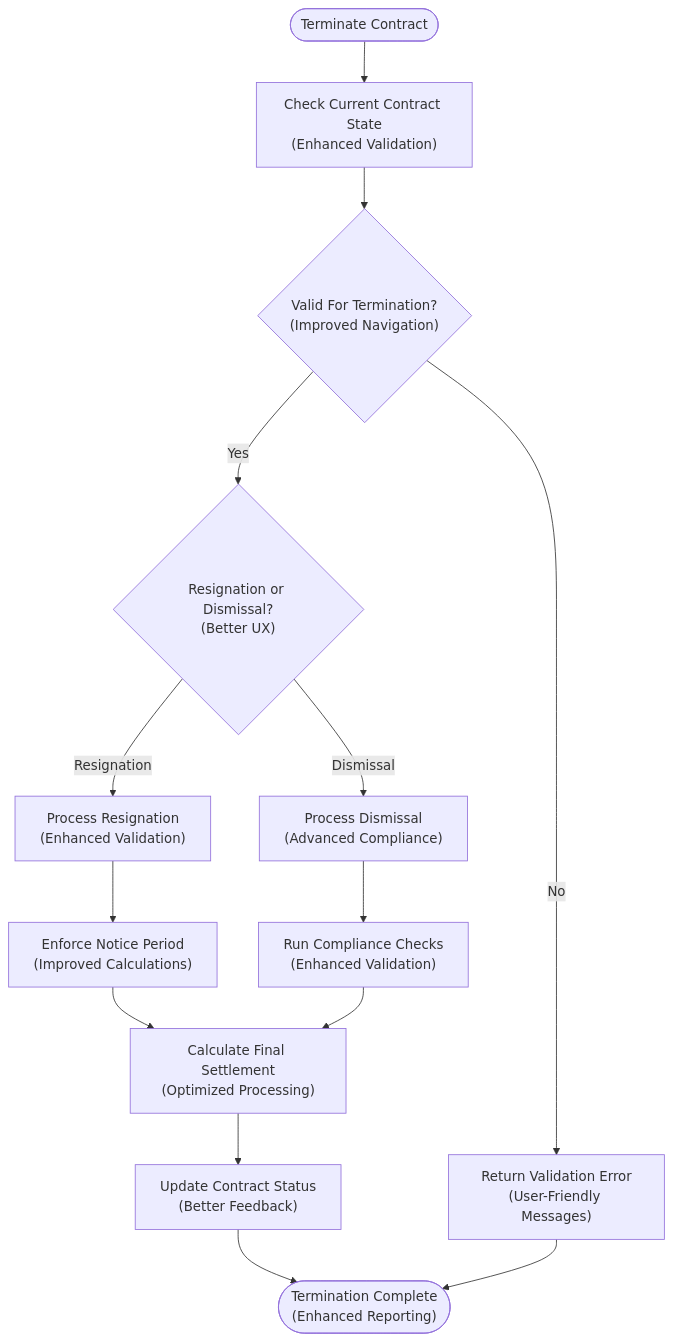
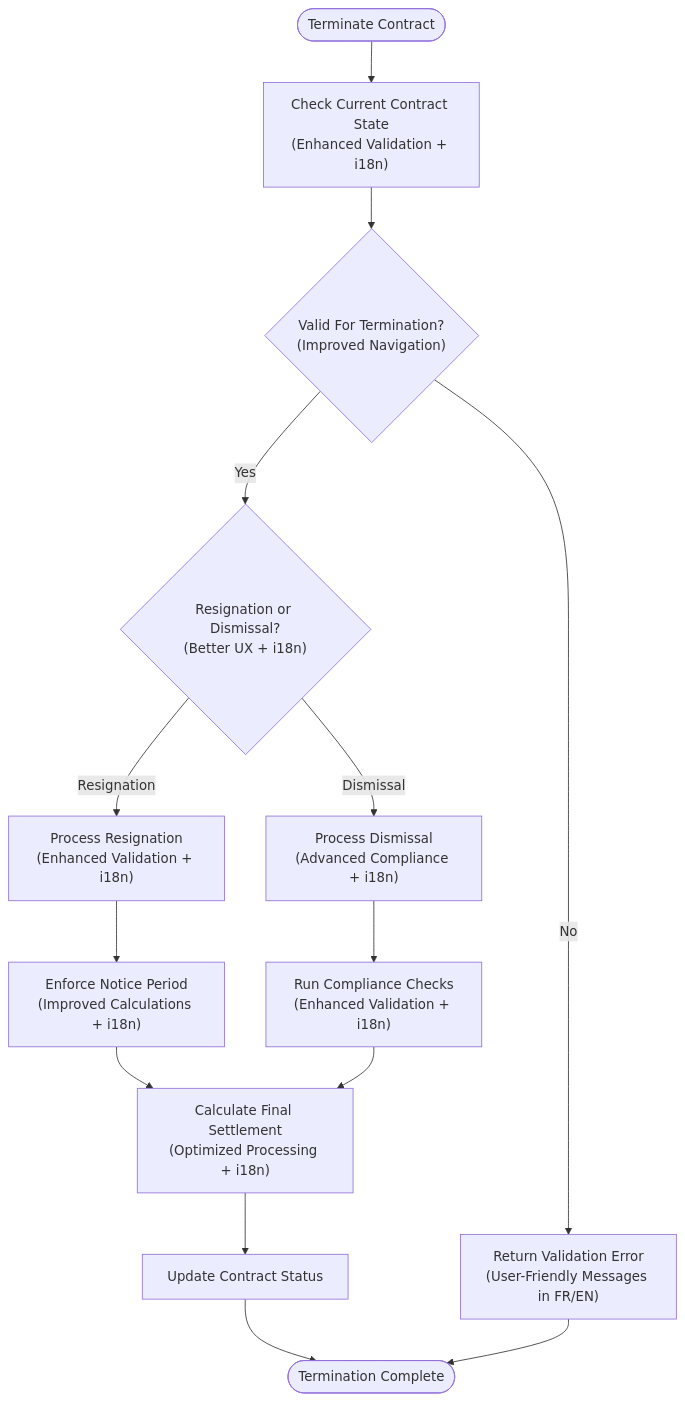
The third of 5 diagrams in .qoder/repowiki/en/content/API Reference/Human Resources API/Personnel Administration API/Contract Management API.md (franckylab/eLISAschool), drawn with Mermaid before and after one commit. The commit also changed other lines of this file and 78 other files, not shown here.

````diff
--- a/.qoder/repowiki/en/content/API Reference/Human Resources API/Personnel Administration API/Contract Management API.md
+++ b/.qoder/repowiki/en/content/API Reference/Human Resources API/Personnel Administration API/Contract Management API.md
@@ -415,16 +416,16 @@
 ```mermaid
 flowchart TD
-Start(["Terminate Contract"]) --> CheckState["Check Current Contract State<br/>(Enhanced Validation)"]
+Start(["Terminate Contract"]) --> CheckState["Check Current Contract State<br/>(Enhanced Validation + i18n)"]
 CheckState --> Valid{"Valid For Termination?<br/>(Improved Navigation)"}
-Valid --> |No| Error["Return Validation Error<br/>(User-Friendly Messages)"]
-Valid --> |Yes| ChooseType{"Resignation or Dismissal?<br/>(Better UX)"}
-ChooseType --> |Resignation| Resign["Process Resignation<br/>(Enhanced Validation)"]
-ChooseType --> |Dismissal| Dismiss["Process Dismissal<br/>(Advanced Compliance)"]
-Resign --> Notice["Enforce Notice Period<br/>(Improved Calculations)"]
-Dismiss --> Compliance["Run Compliance Checks<br/>(Enhanced Validation)"]
-Notice --> Settle["Calculate Final Settlement<br/>(Optimized Processing)"]
+Valid --> |No| Error["Return Validation Error<br/>(User-Friendly Messages in FR/EN)"]
+Valid --> |Yes| ChooseType{"Resignation or Dismissal?<br/>(Better UX + i18n)"}
+ChooseType --> |Resignation| Resign["Process Resignation<br/>(Enhanced Validation + i18n)"]
+ChooseType --> |Dismissal| Dismiss["Process Dismissal<br/>(Advanced Compliance + i18n)"]
+Resign --> Notice["Enforce Notice Period<br/>(Improved Calculations + i18n)"]
+Dismiss --> Compliance["Run Compliance Checks<br/>(Enhanced Validation + i18n)"]
+Notice --> Settle["Calculate Final Settlement<br/>(Optimized Processing + i18n)"]
 Compliance --> Settle
-Settle --> UpdateStatus["Update Contract Status<br/>(Better Feedback)"]
-UpdateStatus --> End(["Termination Complete<br/>(Enhanced Reporting)"])
+Settle --> UpdateStatus["Update Contract Status<br/((Better Feedback + i18n))"]
+UpdateStatus --> End(["Termination Complete<br/((Enhanced Reporting + i18n))"])
 Error --> End
 ```
````
